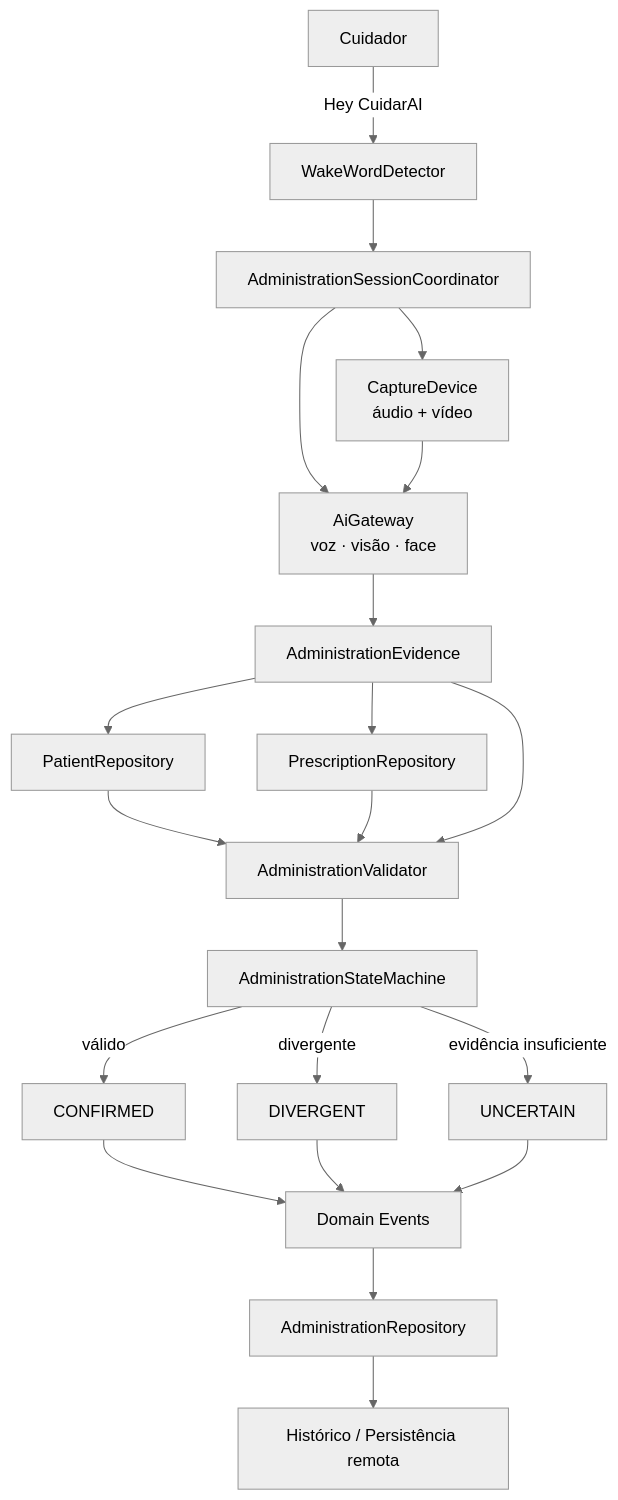
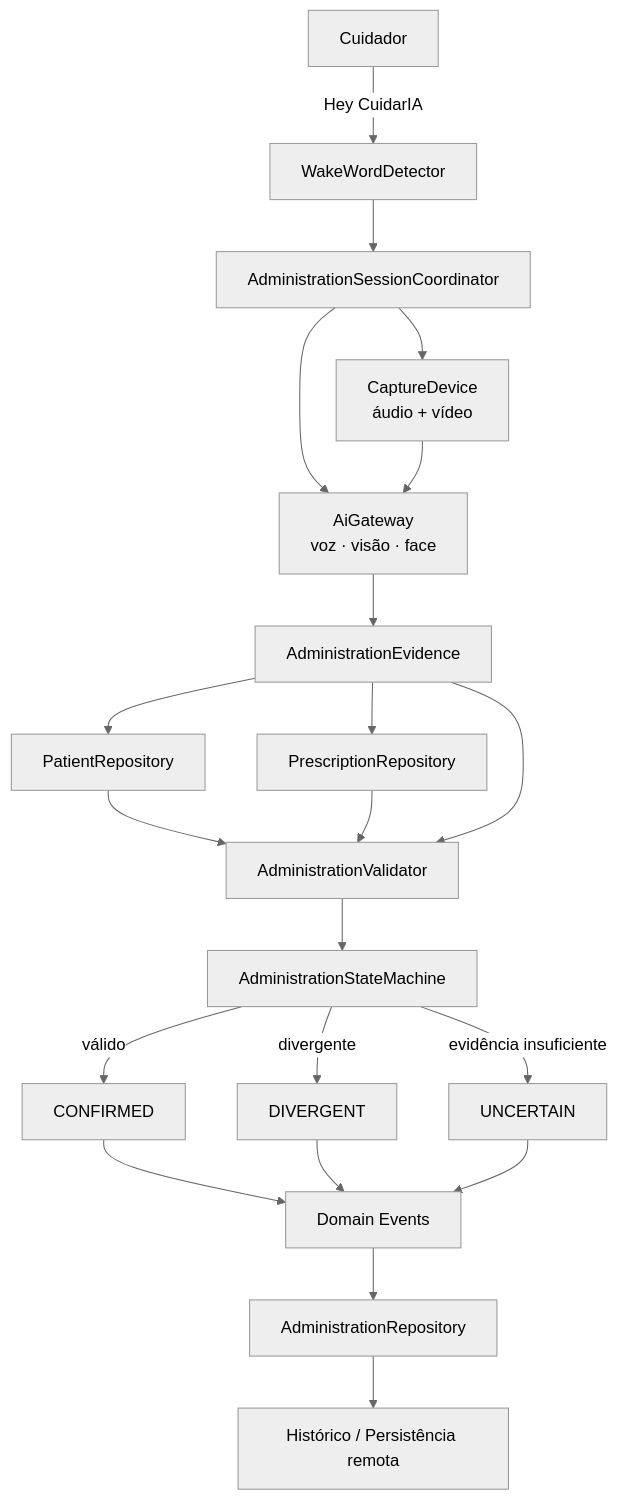
Before and after one commit to jaimejcs/CuidarAI: the third of 24 diagrams in arquitetura-app-ia.md, drawn with Mermaid (neutral theme). The commit also changed other lines of this file and 12 other files, not shown here.

````diff
--- a/arquitetura-app-ia.md
+++ b/arquitetura-app-ia.md
@@ -122,27 +122,27 @@
 ```mermaid
 flowchart TD
-    C[Cuidador] -->|"Hey CuidarAI"| W[WakeWordDetector]
+    C[Cuidador] -->|"Hey CuidarIA"| W[WakeWordDetector]
     W --> S[AdministrationSessionCoordinator]
 
     S --> CD[CaptureDevice<br/>áudio + vídeo]
     S --> AI[AiGateway<br/>voz · visão · face]
     CD --> AI
     AI --> E[AdministrationEvidence]
 
     E --> PR[PatientRepository]
     E --> RX[PrescriptionRepository]
     PR --> V[AdministrationValidator]
     RX --> V
     E --> V
 
     V --> FSM[AdministrationStateMachine]
     FSM -->|válido| OK[CONFIRMED]
     FSM -->|divergente| DG[DIVERGENT]
     FSM -->|evidência insuficiente| UN[UNCERTAIN]
 
     OK --> EV[Domain Events]
     DG --> EV
     UN --> EV
     EV --> AR[AdministrationRepository]
     AR --> HB[Histórico / Persistência remota]
 ```
````
